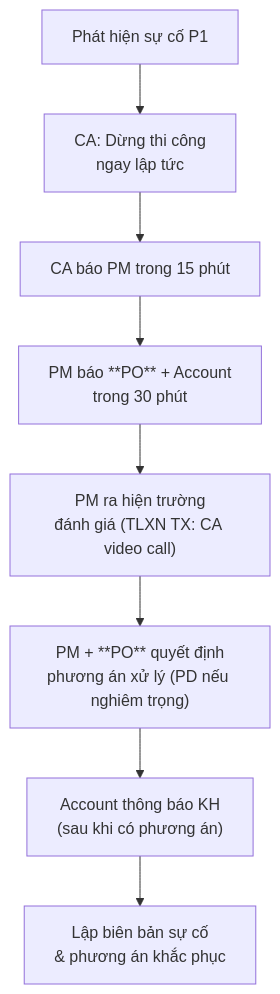
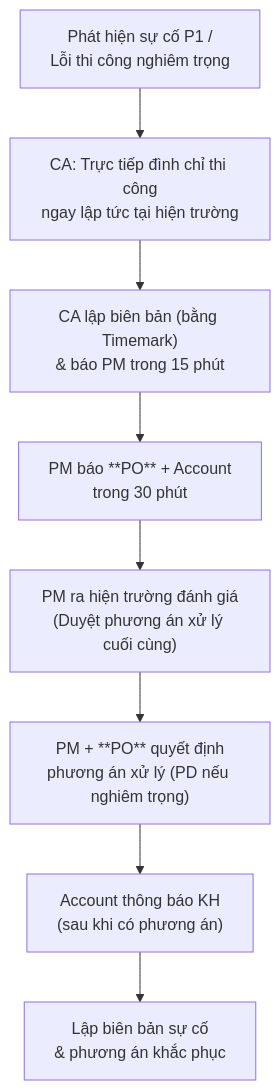
Before and after one commit to namdh9939/SOP-QLDA-TLXN: the second of 2 diagrams in 04-PM/quan-ly-thi-cong.md, drawn with Mermaid. The commit also changed 84 other files, not shown here.

````diff
--- a/04-PM/quan-ly-thi-cong.md
+++ b/04-PM/quan-ly-thi-cong.md
@@ -133,10 +133,10 @@
 ```mermaid
 flowchart TD
-    A["Phát hiện sự cố P1"] --> B["CA: Dừng thi công<br/>ngay lập tức"]
-    B --> C["CA báo PM trong 15 phút"]
+    A["Phát hiện sự cố P1 /<br/>Lỗi thi công nghiêm trọng"] --> B["CA: Trực tiếp đình chỉ thi công<br/>ngay lập tức tại hiện trường"]
+    B --> C["CA lập biên bản (bằng Timemark)<br/>& báo PM trong 15 phút"]
     C --> D["PM báo **PO** + Account<br/>trong 30 phút"]
-    D --> E["PM ra hiện trường<br/>đánh giá (TLXN TX: CA video call)"]
+    D --> E["PM ra hiện trường đánh giá<br/>(Duyệt phương án xử lý cuối cùng)"]
     E --> F["PM + **PO** quyết định<br/>phương án xử lý (PD nếu nghiêm trọng)"]
     F --> G["Account thông báo KH<br/>(sau khi có phương án)"]
     G --> H["Lập biên bản sự cố<br/>& phương án khắc phục"]
 ```
````
